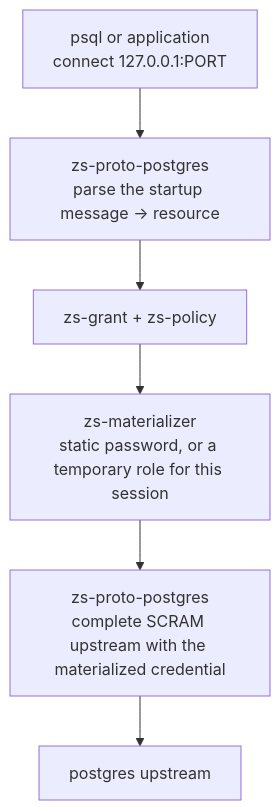
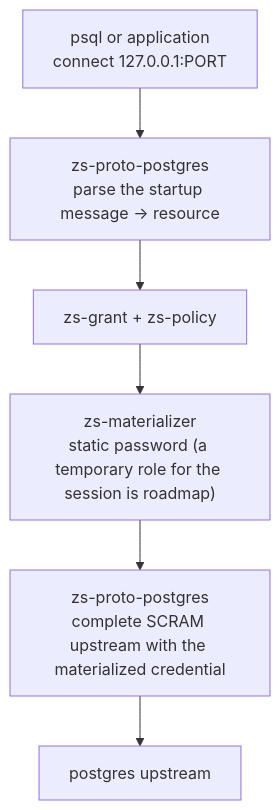
The third of 7 diagrams in docs/ARCHITECTURE.md (pewh/zerosecret-engine), drawn with Mermaid before and after one commit. The commit also changed other lines of this file and 60 other files, not shown here.

````diff
--- a/docs/ARCHITECTURE.md
+++ b/docs/ARCHITECTURE.md
@@ -231,11 +242,11 @@
 ```mermaid
 flowchart TD
     A["psql or application<br/>connect 127.0.0.1:PORT"]
     B["zs-proto-postgres<br/>parse the startup message → resource"]
     C["zs-grant + zs-policy"]
-    D["zs-materializer<br/>static password, or a temporary role for this session"]
+    D["zs-materializer<br/>static password (a temporary role for the session is roadmap)"]
     E["zs-proto-postgres<br/>complete SCRAM upstream with the materialized credential"]
     F["postgres upstream"]
 
     A --> B --> C --> D --> E --> F
 ```
````
